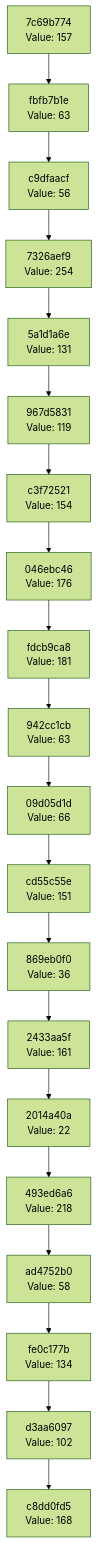
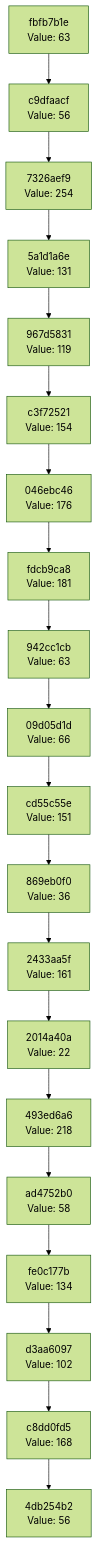
The diagram in docs/CHAIN_VISUALIZATION.md (Abhisheksinha1506/hash-chain-evolver), drawn with Mermaid (forest theme) before and after one commit. The commit also changed 2 other files, not shown here.

Commit message:
Evolution Step

````diff
--- a/docs/CHAIN_VISUALIZATION.md
+++ b/docs/CHAIN_VISUALIZATION.md
@@ -3,42 +3,42 @@
 ```mermaid
 graph TD
-    C0["c8dd0fd5<br/>Value: 168"]
-    C1["d3aa6097<br/>Value: 102"]
+    C0["4db254b2<br/>Value: 56"]
+    C1["c8dd0fd5<br/>Value: 168"]
     C1 --> C0
-    C2["fe0c177b<br/>Value: 134"]
+    C2["d3aa6097<br/>Value: 102"]
     C2 --> C1
-    C3["ad4752b0<br/>Value: 58"]
+    C3["fe0c177b<br/>Value: 134"]
     C3 --> C2
-    C4["493ed6a6<br/>Value: 218"]
+    C4["ad4752b0<br/>Value: 58"]
     C4 --> C3
-    C5["2014a40a<br/>Value: 22"]
+    C5["493ed6a6<br/>Value: 218"]
     C5 --> C4
-    C6["2433aa5f<br/>Value: 161"]
+    C6["2014a40a<br/>Value: 22"]
     C6 --> C5
-    C7["869eb0f0<br/>Value: 36"]
+    C7["2433aa5f<br/>Value: 161"]
     C7 --> C6
-    C8["cd55c55e<br/>Value: 151"]
+    C8["869eb0f0<br/>Value: 36"]
     C8 --> C7
-    C9["09d05d1d<br/>Value: 66"]
+    C9["cd55c55e<br/>Value: 151"]
     C9 --> C8
-    C10["942cc1cb<br/>Value: 63"]
+    C10["09d05d1d<br/>Value: 66"]
     C10 --> C9
-    C11["fdcb9ca8<br/>Value: 181"]
+    C11["942cc1cb<br/>Value: 63"]
     C11 --> C10
-    C12["046ebc46<br/>Value: 176"]
+    C12["fdcb9ca8<br/>Value: 181"]
     C12 --> C11
-    C13["c3f72521<br/>Value: 154"]
+    C13["046ebc46<br/>Value: 176"]
     C13 --> C12
-    C14["967d5831<br/>Value: 119"]
+    C14["c3f72521<br/>Value: 154"]
     C14 --> C13
-    C15["5a1d1a6e<br/>Value: 131"]
+    C15["967d5831<br/>Value: 119"]
     C15 --> C14
-    C16["7326aef9<br/>Value: 254"]
+    C16["5a1d1a6e<br/>Value: 131"]
     C16 --> C15
-    C17["c9dfaacf<br/>Value: 56"]
+    C17["7326aef9<br/>Value: 254"]
     C17 --> C16
-    C18["fbfb7b1e<br/>Value: 63"]
+    C18["c9dfaacf<br/>Value: 56"]
     C18 --> C17
-    C19["7c69b774<br/>Value: 157"]
+    C19["fbfb7b1e<br/>Value: 63"]
     C19 --> C18
 ```
````
